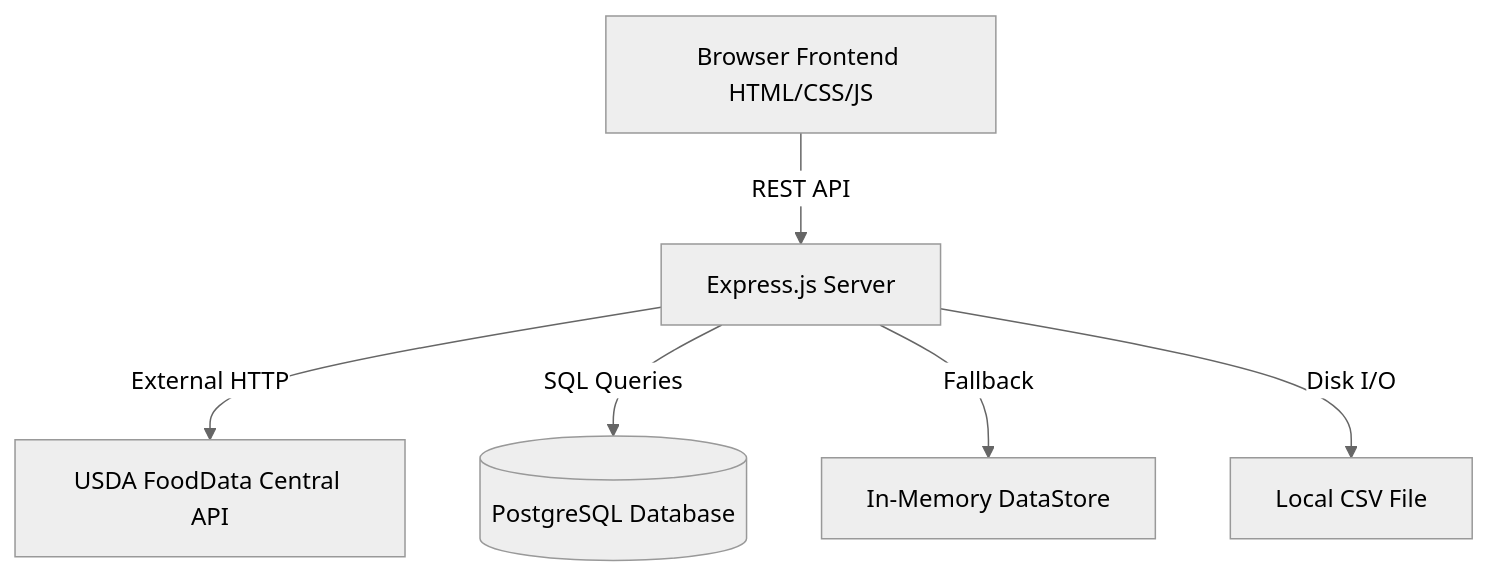
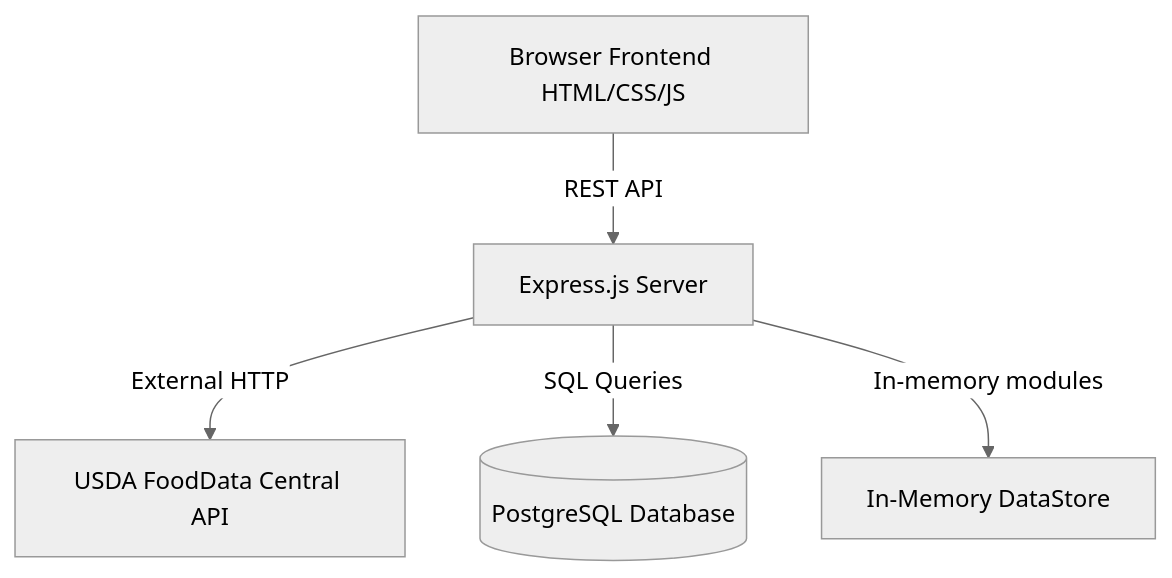
The diagram in README.md (grwisbad/CalTrc), drawn with Mermaid (neutral theme) before and after one commit. The commit also changed other lines of this file and 8 other files, not shown here.

First line of the commit message:
Remove CSV food log traces and fix survey/goal store compatibility.

````diff
--- a/README.md
+++ b/README.md
@@ -56,8 +56,7 @@
 ```mermaid
 graph TD;
     Client[Browser Frontend HTML/CSS/JS] -->|REST API| Express[Express.js Server]
     Express -->|External HTTP| USDA[USDA FoodData Central API]
     Express -->|SQL Queries| DB[(PostgreSQL Database)]
-    Express -->|Fallback| InMemory[In-Memory DataStore]
-    Express -->|Disk I/O| CSV[Local CSV File]
+    Express -->|In-memory modules| InMemory[In-Memory DataStore]
 ```
````
